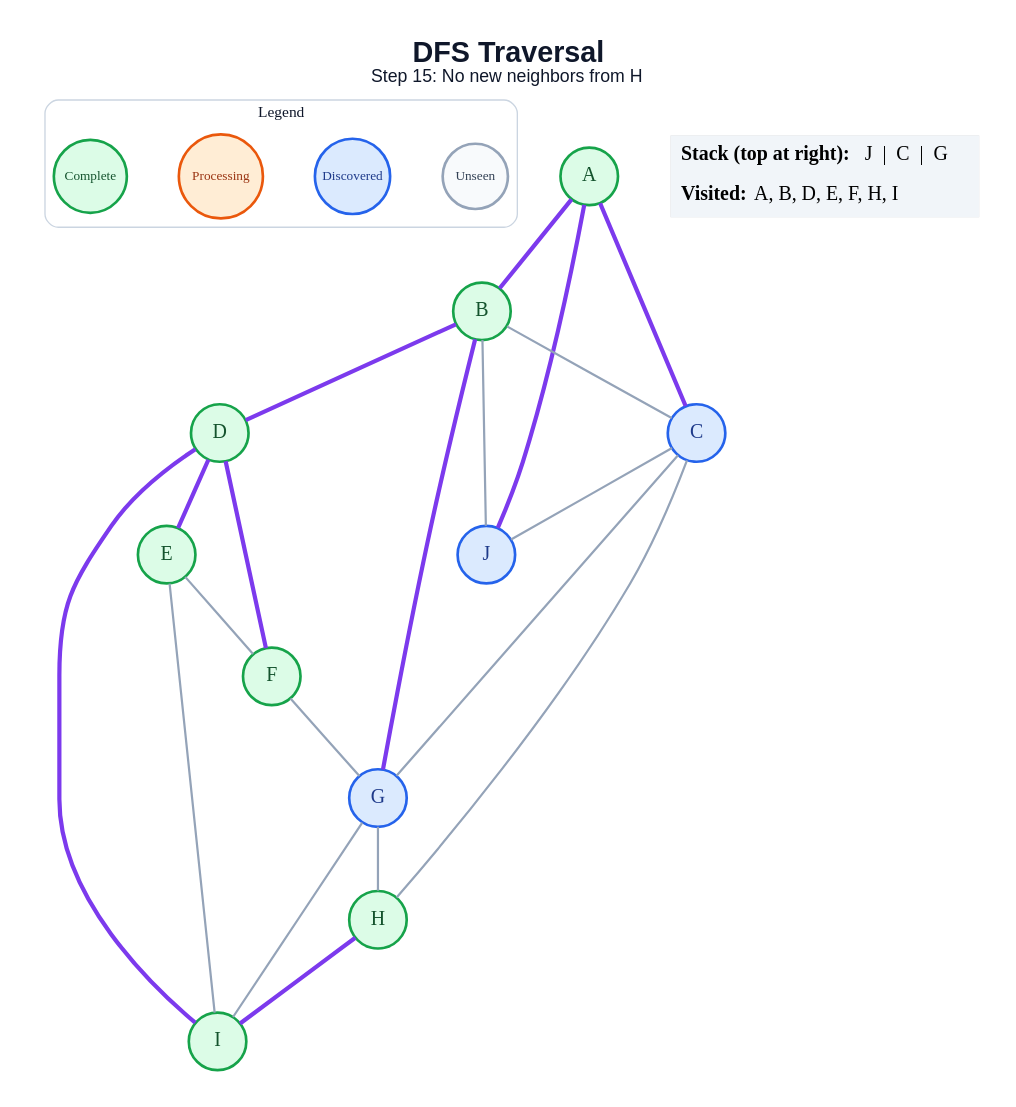
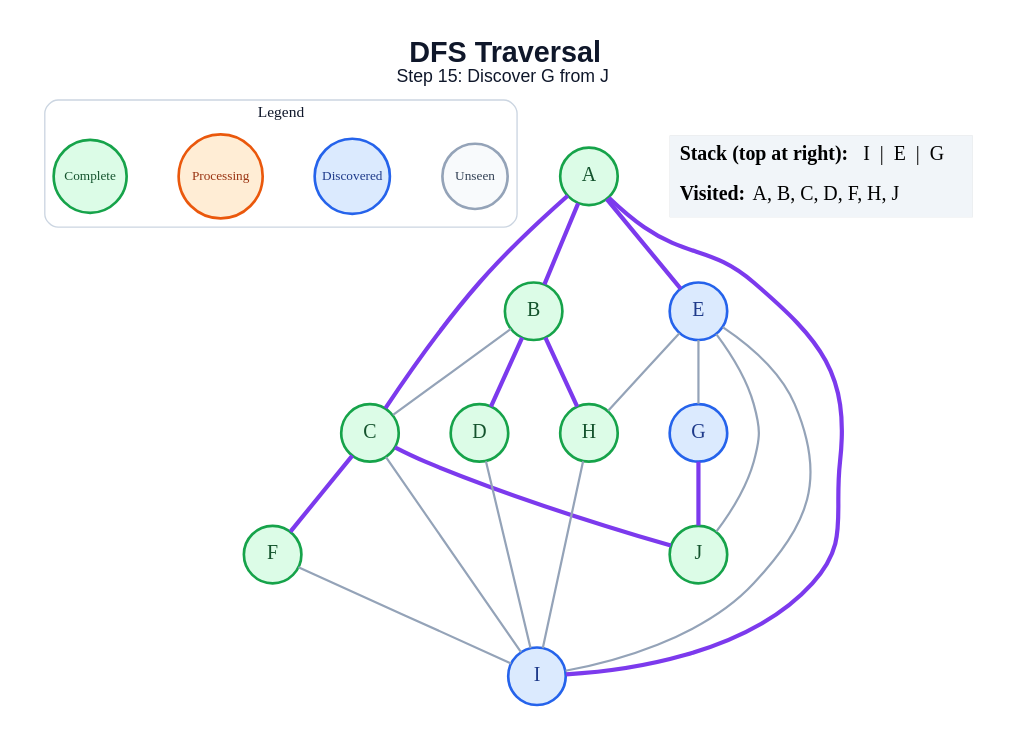
The diagram in generated/dfs/step_15.dot (amanghodawala9/ai-slop), drawn with Graphviz before and after one commit. The commit also changed 178 other files, not shown here.

```diff
--- a/generated/dfs/step_15.dot
+++ b/generated/dfs/step_15.dot
@@ -1,48 +1,47 @@
 graph traversal {
   graph [layout=dot, rankdir=TB, bgcolor="#FFFFFF", pad="0.35", nodesep="0.65", ranksep="0.8", fontname="Arial"];
   node [shape=circle, style="filled", fontname="Arial Bold", fontsize=18, width=0.72, fixedsize=true, penwidth=2.4];
   edge [color="#94A3B8", penwidth=2.0];
-  label=<<B>DFS Traversal</B><BR/><FONT POINT-SIZE="16">Step 15: No new neighbors from H</FONT>>; labelloc="t"; fontsize=26; fontname="Arial"; fontcolor="#0F172A";
+  label=<<B>DFS Traversal</B><BR/><FONT POINT-SIZE="16">Step 15: Discover G from J</FONT>>; labelloc="t"; fontsize=26; fontname="Arial"; fontcolor="#0F172A";
   subgraph cluster_legend { label="Legend"; color="#CBD5E1"; penwidth=1.2; style="rounded"; fontsize=14; fontname="Arial Bold";
     key_unseen [label="Unseen", fillcolor="#F8FAFC", color="#94A3B8", fontcolor="#334155", fontsize=12, width=0.82];
     key_frontier [label="Discovered", fillcolor="#DBEAFE", color="#2563EB", fontcolor="#1E3A8A", fontsize=12, width=0.95];
     key_current [label="Processing", fillcolor="#FFEDD5", color="#EA580C", fontcolor="#9A3412", fontsize=12, width=1.05];
     key_done [label="Complete", fillcolor="#DCFCE7", color="#16A34A", fontcolor="#14532D", fontsize=12, width=0.92];
     { rank=same; key_unseen; key_frontier; key_current; key_done; }
   }
   A [fillcolor="#DCFCE7", color="#16A34A", fontcolor="#14532D"];
   B [fillcolor="#DCFCE7", color="#16A34A", fontcolor="#14532D"];
-  C [fillcolor="#DBEAFE", color="#2563EB", fontcolor="#1E3A8A"];
+  C [fillcolor="#DCFCE7", color="#16A34A", fontcolor="#14532D"];
   D [fillcolor="#DCFCE7", color="#16A34A", fontcolor="#14532D"];
-  E [fillcolor="#DCFCE7", color="#16A34A", fontcolor="#14532D"];
+  E [fillcolor="#DBEAFE", color="#2563EB", fontcolor="#1E3A8A"];
   F [fillcolor="#DCFCE7", color="#16A34A", fontcolor="#14532D"];
   G [fillcolor="#DBEAFE", color="#2563EB", fontcolor="#1E3A8A"];
   H [fillcolor="#DCFCE7", color="#16A34A", fontcolor="#14532D"];
-  I [fillcolor="#DCFCE7", color="#16A34A", fontcolor="#14532D"];
-  J [fillcolor="#DBEAFE", color="#2563EB", fontcolor="#1E3A8A"];
+  I [fillcolor="#DBEAFE", color="#2563EB", fontcolor="#1E3A8A"];
+  J [fillcolor="#DCFCE7", color="#16A34A", fontcolor="#14532D"];
   A -- B [color="#7C3AED", penwidth=3.8];
   A -- C [color="#7C3AED", penwidth=3.8];
-  A -- J [color="#7C3AED", penwidth=3.8];
+  A -- E [color="#7C3AED", penwidth=3.8];
+  A -- I [color="#7C3AED", penwidth=3.8];
   B -- C;
   B -- D [color="#7C3AED", penwidth=3.8];
-  B -- G [color="#7C3AED", penwidth=3.8];
-  B -- J;
-  C -- G;
-  C -- H;
-  C -- J;
-  D -- E [color="#7C3AED", penwidth=3.8];
-  D -- F [color="#7C3AED", penwidth=3.8];
-  D -- I [color="#7C3AED", penwidth=3.8];
-  E -- F;
+  B -- H [color="#7C3AED", penwidth=3.8];
+  C -- F [color="#7C3AED", penwidth=3.8];
+  C -- I;
+  C -- J [color="#7C3AED", penwidth=3.8];
+  D -- I;
+  E -- G;
+  E -- H;
   E -- I;
-  F -- G;
-  G -- H;
-  G -- I;
-  H -- I [color="#7C3AED", penwidth=3.8];
+  E -- J;
+  F -- I;
+  G -- J [color="#7C3AED", penwidth=3.8];
+  H -- I;
   status [shape=plain, fixedsize=false, width=0, height=0, margin=0, label=<
     <TABLE BORDER="0" CELLBORDER="0" CELLPADDING="7" BGCOLOR="#F1F5F9">
-      <TR><TD ALIGN="LEFT"><B>Stack (top at right):</B> J  |  C  |  G</TD></TR>
-      <TR><TD ALIGN="LEFT"><B>Visited:</B> A, B, D, E, F, H, I</TD></TR>
+      <TR><TD ALIGN="LEFT"><B>Stack (top at right):</B> I  |  E  |  G</TD></TR>
+      <TR><TD ALIGN="LEFT"><B>Visited:</B> A, B, C, D, F, H, J</TD></TR>
     </TABLE>
   >];
 }
```
